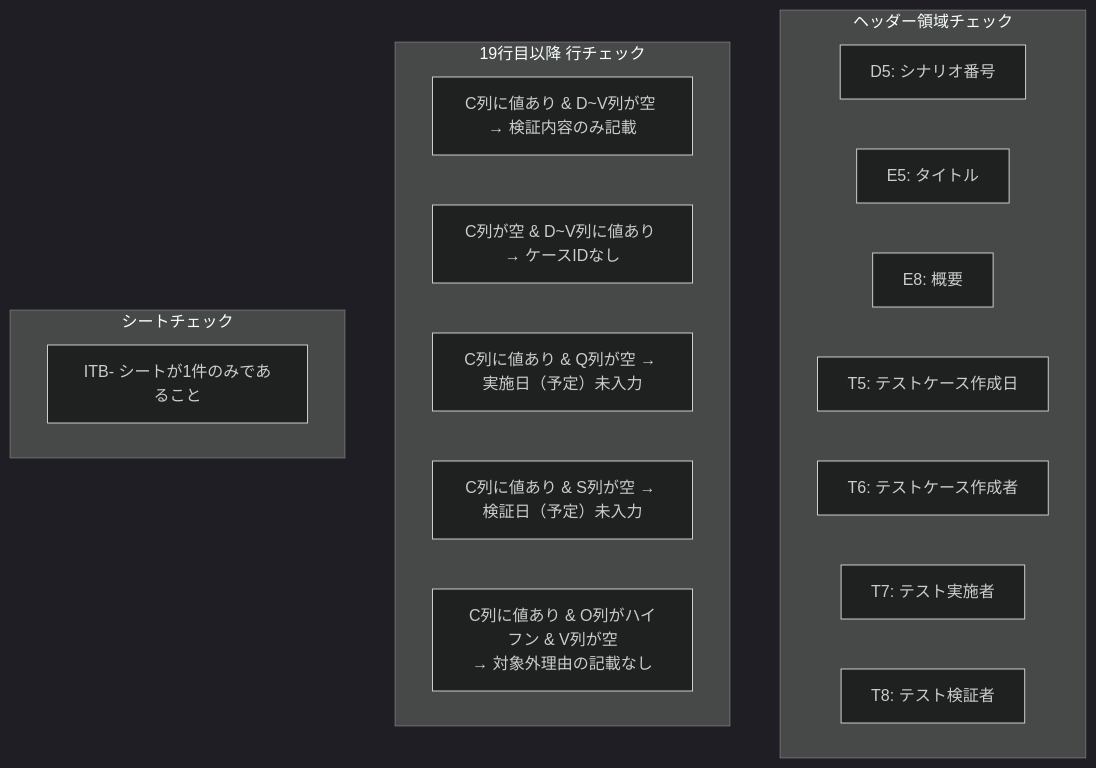
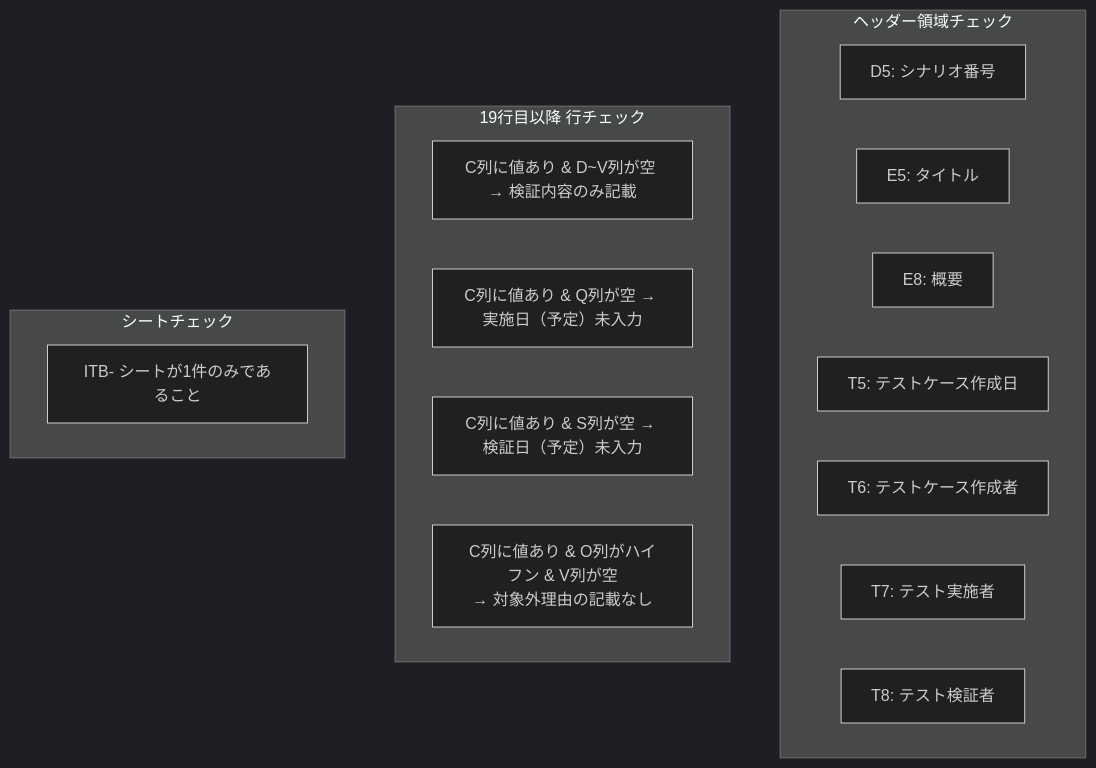
The third of 5 diagrams in README.md (makio-dev/test-progress-checker), drawn with Mermaid (dark theme) before and after one commit. The commit also changed other lines of this file and 1 other file, not shown here.

````diff
--- a/README.md
+++ b/README.md
@@ -58,24 +58,23 @@
 ```mermaid
 flowchart TD
     subgraph header["ヘッダー領域チェック"]
         H1["D5: シナリオ番号"]
         H2["E5: タイトル"]
         H3["E8: 概要"]
         H4["T5: テストケース作成日"]
         H5["T6: テストケース作成者"]
         H6["T7: テスト実施者"]
         H7["T8: テスト検証者"]
     end
 
     subgraph rows["19行目以降 行チェック"]
         R1["C列に値あり & D~V列が空 → 検証内容のみ記載"]
-        R2["C列が空 & D~V列に値あり → ケースIDなし"]
         R3["C列に値あり & Q列が空 → 実施日（予定）未入力"]
         R4["C列に値あり & S列が空 → 検証日（予定）未入力"]
         R5["C列に値あり & O列がハイフン & V列が空\n→ 対象外理由の記載なし"]
     end
 
     subgraph sheet["シートチェック"]
         S1["ITB- シートが1件のみであること"]
     end
 ```
````
